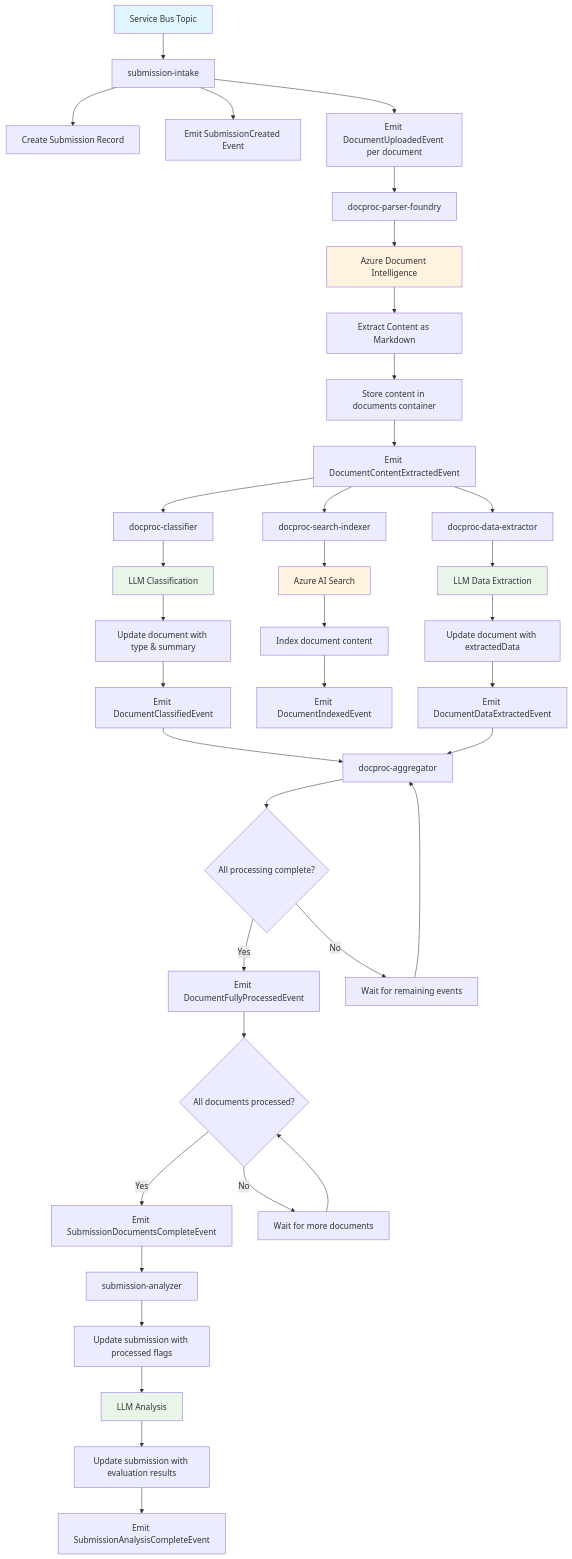
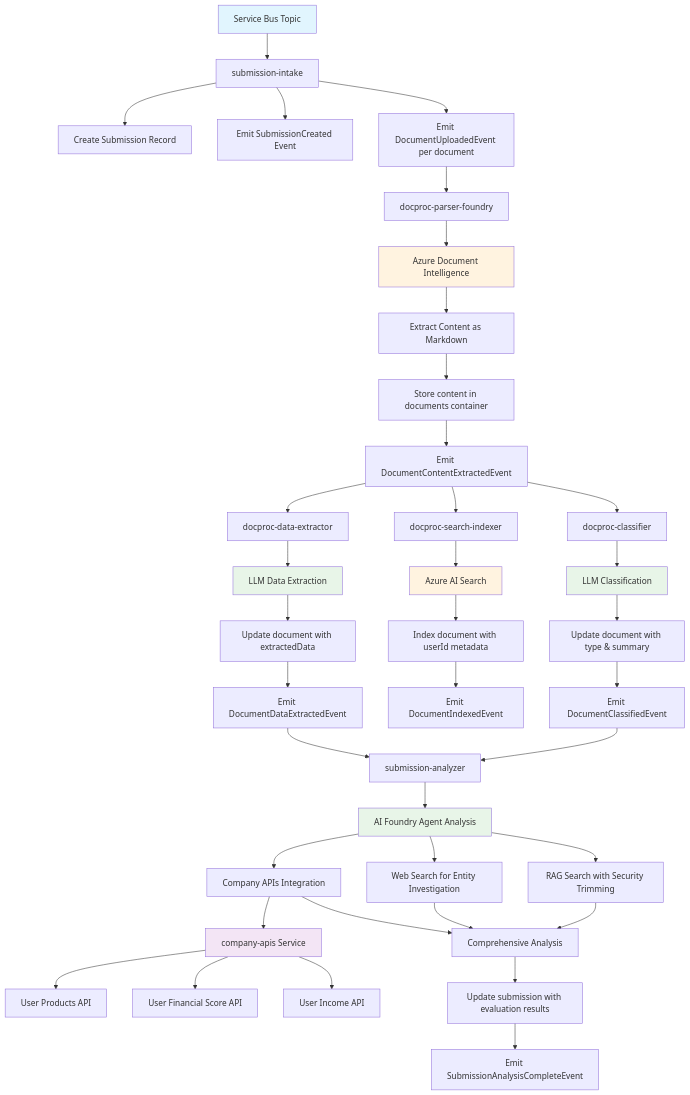
The first of 2 diagrams in docs/Design.md (tkubica12/d-ai-email-processing), drawn with Mermaid before and after one commit. The commit also changed other lines of this file, not shown here.

````diff
--- a/docs/Design.md
+++ b/docs/Design.md
@@ -385,54 +351,53 @@
 ```mermaid
 graph TD
     A[Service Bus Topic] --> B[submission-intake]
     B --> C[Create Submission Record]
     B --> D[Emit SubmissionCreated Event]
     B --> E[Emit DocumentUploadedEvent per document]
     
     E --> F[docproc-parser-foundry]
     F --> G[Azure Document Intelligence]
     G --> H[Extract Content as Markdown]
     H --> I[Store content in documents container]
     I --> J[Emit DocumentContentExtractedEvent]
     
     J --> K[docproc-classifier]
     J --> L[docproc-search-indexer]
     J --> M[docproc-data-extractor]
     
     K --> N[LLM Classification]
     N --> O[Update document with type & summary]
     O --> P[Emit DocumentClassifiedEvent]
     
     L --> Q[Azure AI Search]
-    Q --> R[Index document content]
+    Q --> R[Index document with userId metadata]
     R --> S[Emit DocumentIndexedEvent]
     
     M --> T[LLM Data Extraction]
     T --> U[Update document with extractedData]
     U --> V[Emit DocumentDataExtractedEvent]
     
-    P --> W[docproc-aggregator]
+    P --> W[submission-analyzer]
     V --> W
-    W --> X{All processing complete?}
-    X -->|Yes| Y[Emit DocumentFullyProcessedEvent]
-    X -->|No| Z[Wait for remaining events]
-    Z --> W
-    
-    Y --> AA{All documents processed?}
-    AA -->|Yes| BB[Emit SubmissionDocumentsCompleteEvent]
-    AA -->|No| CC[Wait for more documents]
-    CC --> AA
-    
-    BB --> DD[submission-analyzer]
-    DD --> EE[Update submission with processed flags]
-    EE --> FF[LLM Analysis]
+    W --> X[AI Foundry Agent Analysis]
+    X --> Y[RAG Search with Security Trimming]
+    X --> Z[Web Search for Entity Investigation]
+    X --> AA[Company APIs Integration]
+    AA --> BB[company-apis Service]
+    BB --> CC[User Products API]
+    BB --> DD[User Financial Score API]
+    BB --> EE[User Income API]
+    Y --> FF[Comprehensive Analysis]
+    Z --> FF
+    AA --> FF
     FF --> GG[Update submission with evaluation results]
     GG --> HH[Emit SubmissionAnalysisCompleteEvent]
     
     style A fill:#e1f5fe
     style G fill:#fff3e0
     style N fill:#e8f5e8
     style Q fill:#fff3e0
     style T fill:#e8f5e8
-    style FF fill:#e8f5e8
+    style X fill:#e8f5e8
+    style BB fill:#f3e5f5
 ```
````
